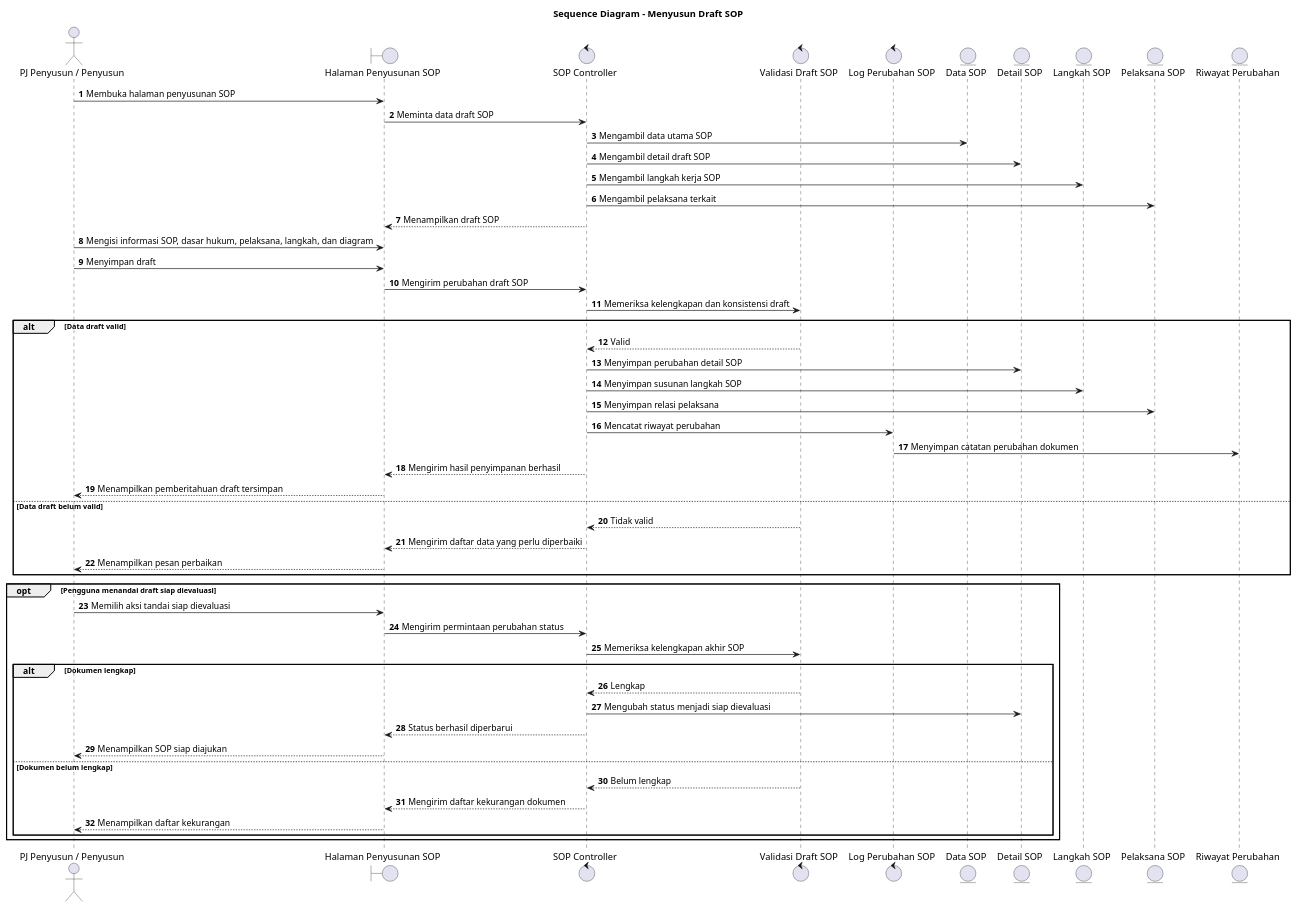
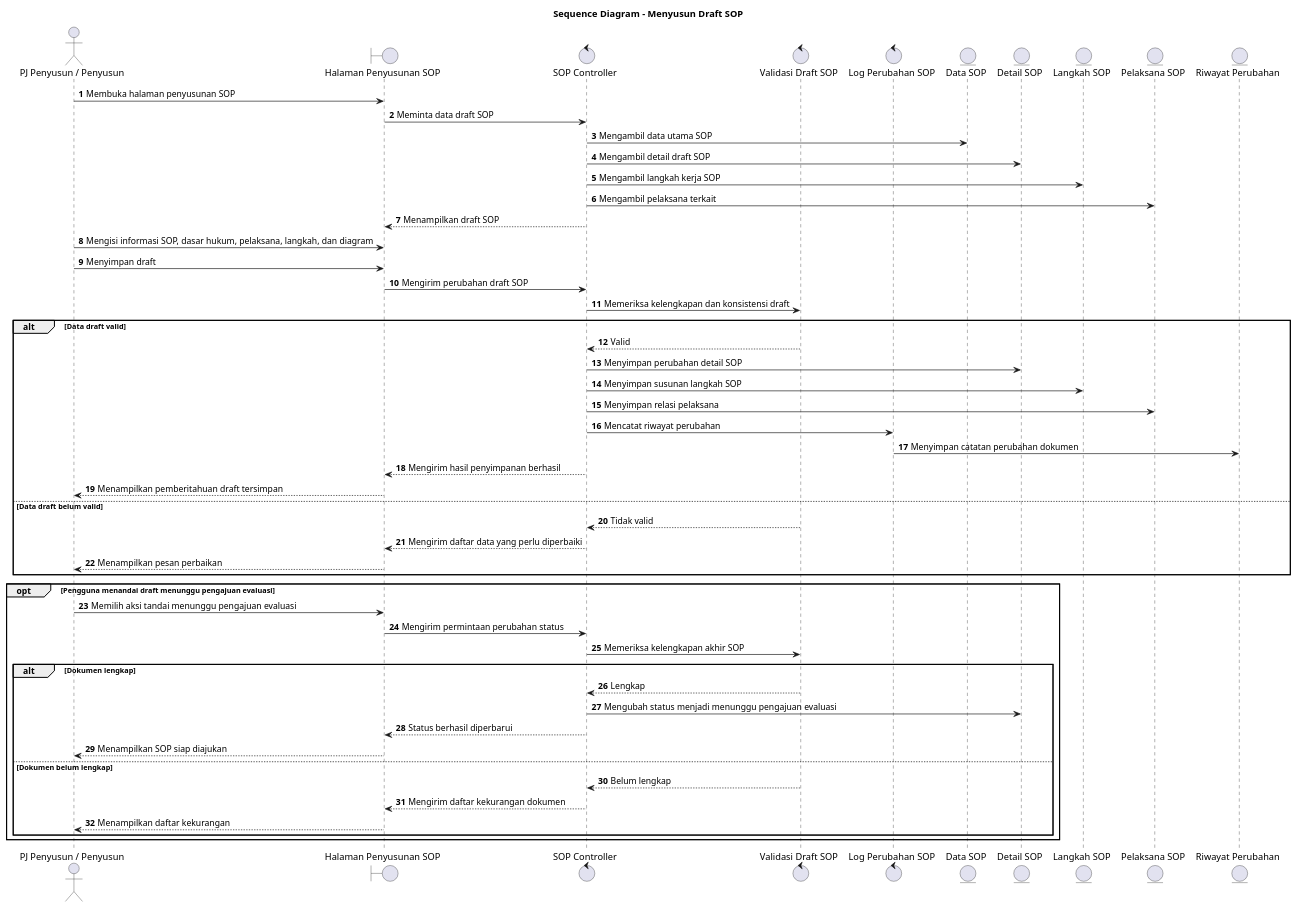
Before and after one commit to howlil/sop-generate-app: the diagram in docs/sequence/pj-penyusun-penyusun-menyusun-draft-sop.md, drawn with PlantUML. The commit also changed other lines of this file and 186 other files, not shown here.

````diff
--- a/docs/sequence/pj-penyusun-penyusun-menyusun-draft-sop.md
+++ b/docs/sequence/pj-penyusun-penyusun-menyusun-draft-sop.md
@@ -16,62 +16,62 @@
 ```plantuml
 @startuml
 title Sequence Diagram - Menyusun Draft SOP
 autonumber
 
 actor "PJ Penyusun / Penyusun" as Aktor
 boundary "Halaman Penyusunan SOP" as UI
 control "SOP Controller" as SOPCtrl
 control "Validasi Draft SOP" as Validasi
 control "Log Perubahan SOP" as LogCtrl
 entity "Data SOP" as SOP
 entity "Detail SOP" as Detail
 entity "Langkah SOP" as Langkah
 entity "Pelaksana SOP" as Pelaksana
 entity "Riwayat Perubahan" as Log
 
 Aktor -> UI : Membuka halaman penyusunan SOP
 UI -> SOPCtrl : Meminta data draft SOP
 SOPCtrl -> SOP : Mengambil data utama SOP
 SOPCtrl -> Detail : Mengambil detail draft SOP
 SOPCtrl -> Langkah : Mengambil langkah kerja SOP
 SOPCtrl -> Pelaksana : Mengambil pelaksana terkait
 SOPCtrl --> UI : Menampilkan draft SOP
 
 Aktor -> UI : Mengisi informasi SOP, dasar hukum, pelaksana, langkah, dan diagram
 Aktor -> UI : Menyimpan draft
 UI -> SOPCtrl : Mengirim perubahan draft SOP
 SOPCtrl -> Validasi : Memeriksa kelengkapan dan konsistensi draft
 
 alt Data draft valid
   Validasi --> SOPCtrl : Valid
   SOPCtrl -> Detail : Menyimpan perubahan detail SOP
   SOPCtrl -> Langkah : Menyimpan susunan langkah SOP
   SOPCtrl -> Pelaksana : Menyimpan relasi pelaksana
   SOPCtrl -> LogCtrl : Mencatat riwayat perubahan
   LogCtrl -> Log : Menyimpan catatan perubahan dokumen
   SOPCtrl --> UI : Mengirim hasil penyimpanan berhasil
   UI --> Aktor : Menampilkan pemberitahuan draft tersimpan
 else Data draft belum valid
   Validasi --> SOPCtrl : Tidak valid
   SOPCtrl --> UI : Mengirim daftar data yang perlu diperbaiki
   UI --> Aktor : Menampilkan pesan perbaikan
 end
 
-opt Pengguna menandai draft siap dievaluasi
-  Aktor -> UI : Memilih aksi tandai siap dievaluasi
+opt Pengguna menandai draft menunggu pengajuan evaluasi
+  Aktor -> UI : Memilih aksi tandai menunggu pengajuan evaluasi
   UI -> SOPCtrl : Mengirim permintaan perubahan status
   SOPCtrl -> Validasi : Memeriksa kelengkapan akhir SOP
   alt Dokumen lengkap
     Validasi --> SOPCtrl : Lengkap
-    SOPCtrl -> Detail : Mengubah status menjadi siap dievaluasi
+    SOPCtrl -> Detail : Mengubah status menjadi menunggu pengajuan evaluasi
     SOPCtrl --> UI : Status berhasil diperbarui
     UI --> Aktor : Menampilkan SOP siap diajukan
   else Dokumen belum lengkap
     Validasi --> SOPCtrl : Belum lengkap
     SOPCtrl --> UI : Mengirim daftar kekurangan dokumen
     UI --> Aktor : Menampilkan daftar kekurangan
   end
 end
 
 @enduml
 ```
````
